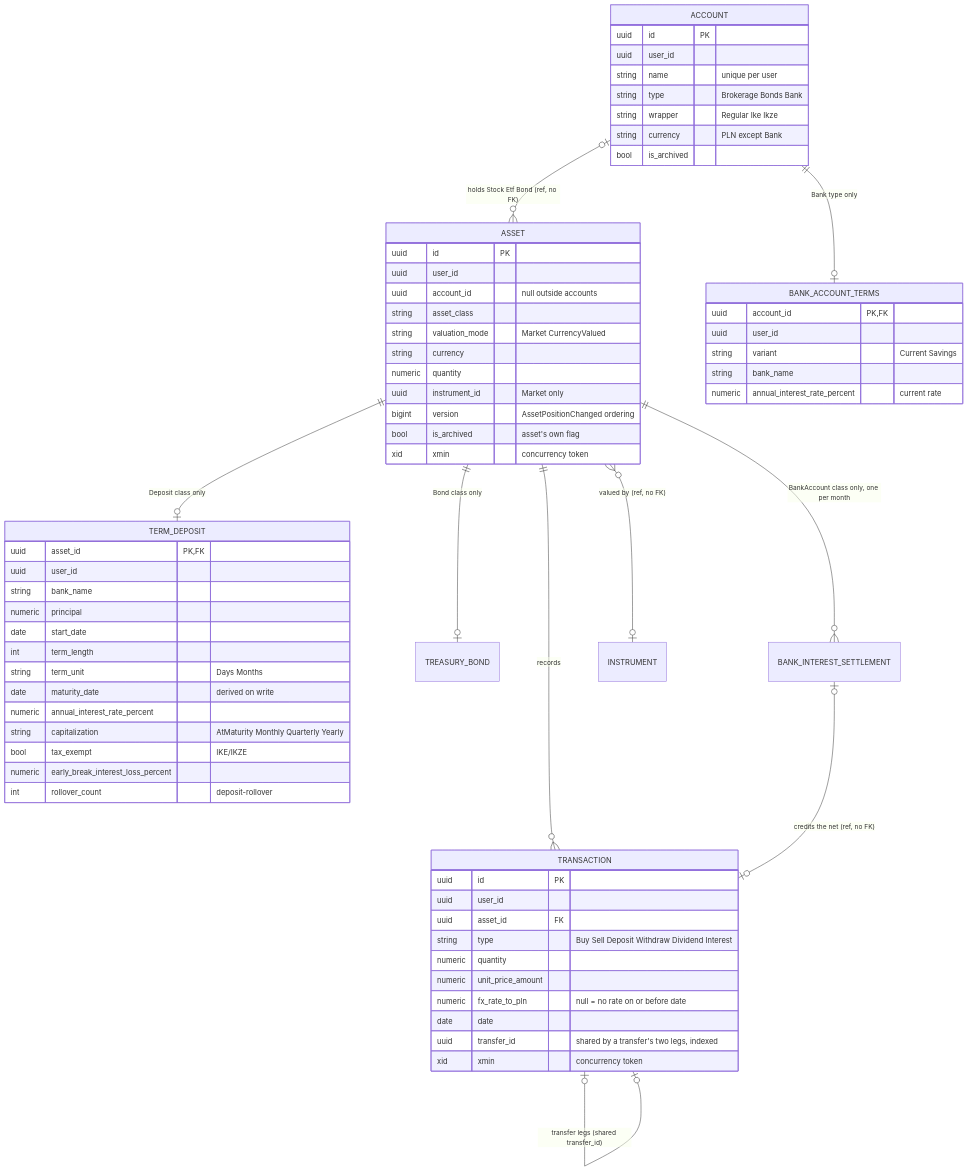
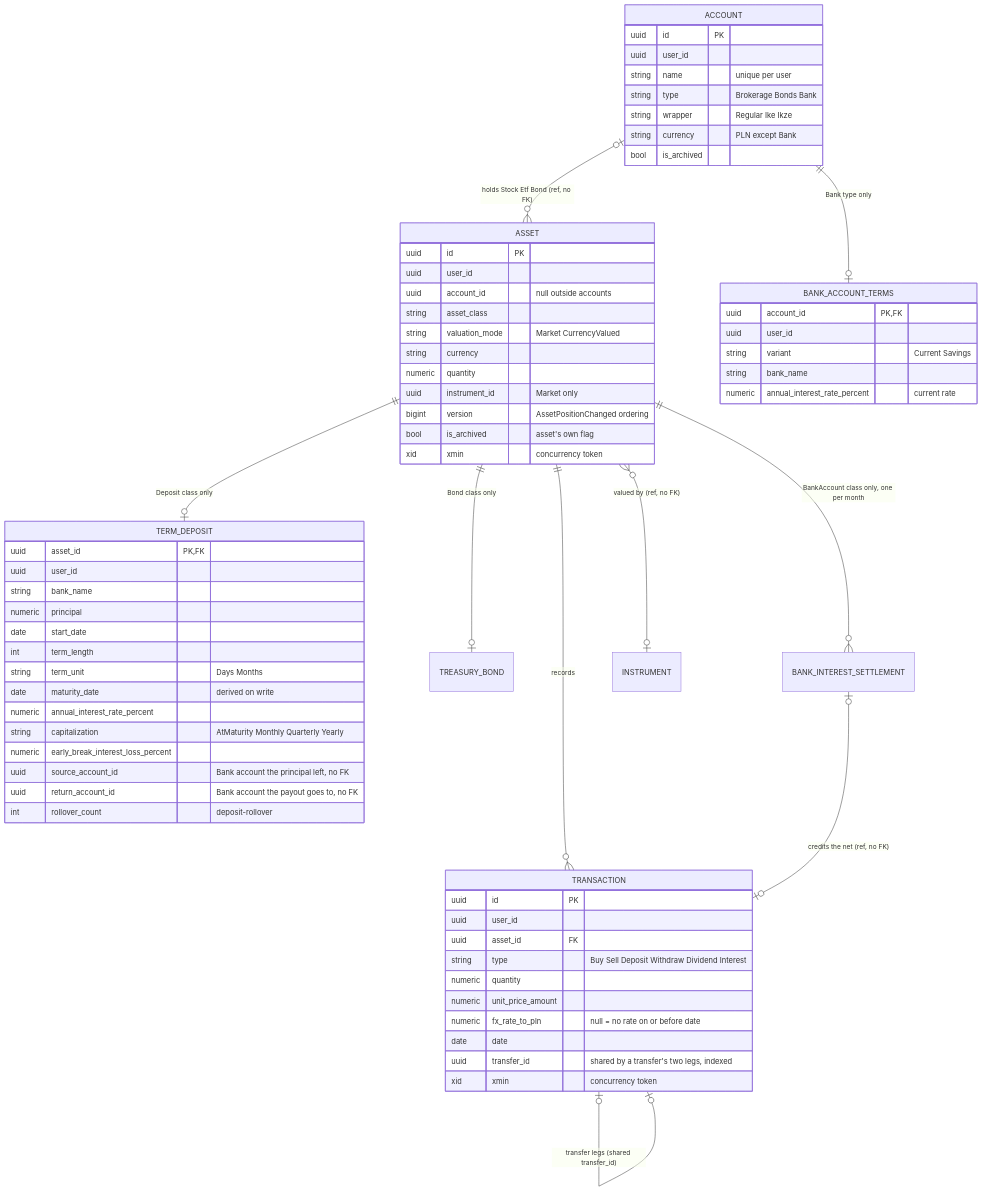
The first of 3 diagrams in skarbiec-plan/domain.md (Maliniak93/FinMel), drawn with Mermaid before and after one commit. The commit also changed other lines of this file and 90 other files, not shown here.

First line of the commit message:
Bank accounts 2: term deposits open from a bank account (#321)

````diff
--- a/skarbiec-plan/domain.md
+++ b/skarbiec-plan/domain.md
@@ -69,68 +69,69 @@
 ```mermaid
 erDiagram
     ACCOUNT |o--o{ ASSET : "holds Stock Etf Bond (ref, no FK)"
     ASSET ||--o{ TRANSACTION : records
     TRANSACTION |o--o| TRANSACTION : "transfer legs (shared transfer_id)"
     ASSET ||--o| TERM_DEPOSIT : "Deposit class only"
     ACCOUNT ||--o| BANK_ACCOUNT_TERMS : "Bank type only"
     ASSET ||--o| TREASURY_BOND : "Bond class only"
     ASSET ||--o{ BANK_INTEREST_SETTLEMENT : "BankAccount class only, one per month"
     BANK_INTEREST_SETTLEMENT |o--o| TRANSACTION : "credits the net (ref, no FK)"
     ASSET }o--o| INSTRUMENT : "valued by (ref, no FK)"
     ACCOUNT {
         uuid id PK
         uuid user_id
         string name "unique per user"
         string type "Brokerage Bonds Bank"
         string wrapper "Regular Ike Ikze"
         string currency "PLN except Bank"
         bool is_archived
     }
     ASSET {
         uuid id PK
         uuid user_id
         uuid account_id "null outside accounts"
         string asset_class
         string valuation_mode "Market CurrencyValued"
         string currency
         numeric quantity
         uuid instrument_id "Market only"
         bigint version "AssetPositionChanged ordering"
         bool is_archived "asset's own flag"
         xid xmin "concurrency token"
     }
     TRANSACTION {
         uuid id PK
         uuid user_id
         uuid asset_id FK
         string type "Buy Sell Deposit Withdraw Dividend Interest"
         numeric quantity
         numeric unit_price_amount
         numeric fx_rate_to_pln "null = no rate on or before date"
         date date
         uuid transfer_id "shared by a transfer's two legs, indexed"
         xid xmin "concurrency token"
     }
     TERM_DEPOSIT {
         uuid asset_id PK, FK
         uuid user_id
         string bank_name
         numeric principal
         date start_date
         int term_length
         string term_unit "Days Months"
         date maturity_date "derived on write"
         numeric annual_interest_rate_percent
         string capitalization "AtMaturity Monthly Quarterly Yearly"
-        bool tax_exempt "IKE/IKZE"
         numeric early_break_interest_loss_percent
+        uuid source_account_id "Bank account the principal left, no FK"
+        uuid return_account_id "Bank account the payout goes to, no FK"
         int rollover_count "deposit-rollover"
     }
     BANK_ACCOUNT_TERMS {
         uuid account_id PK, FK
         uuid user_id
         string variant "Current Savings"
         string bank_name
         numeric annual_interest_rate_percent "current rate"
     }
 ```
````
